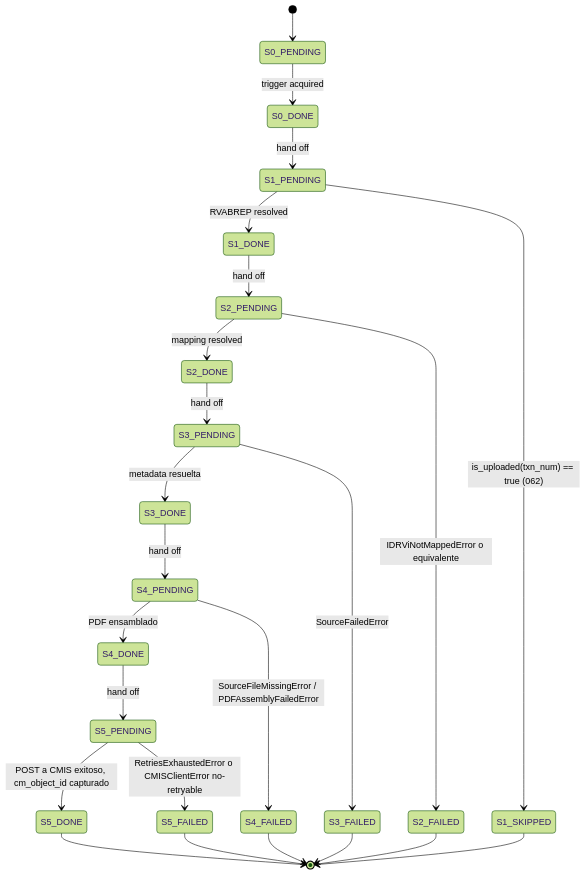
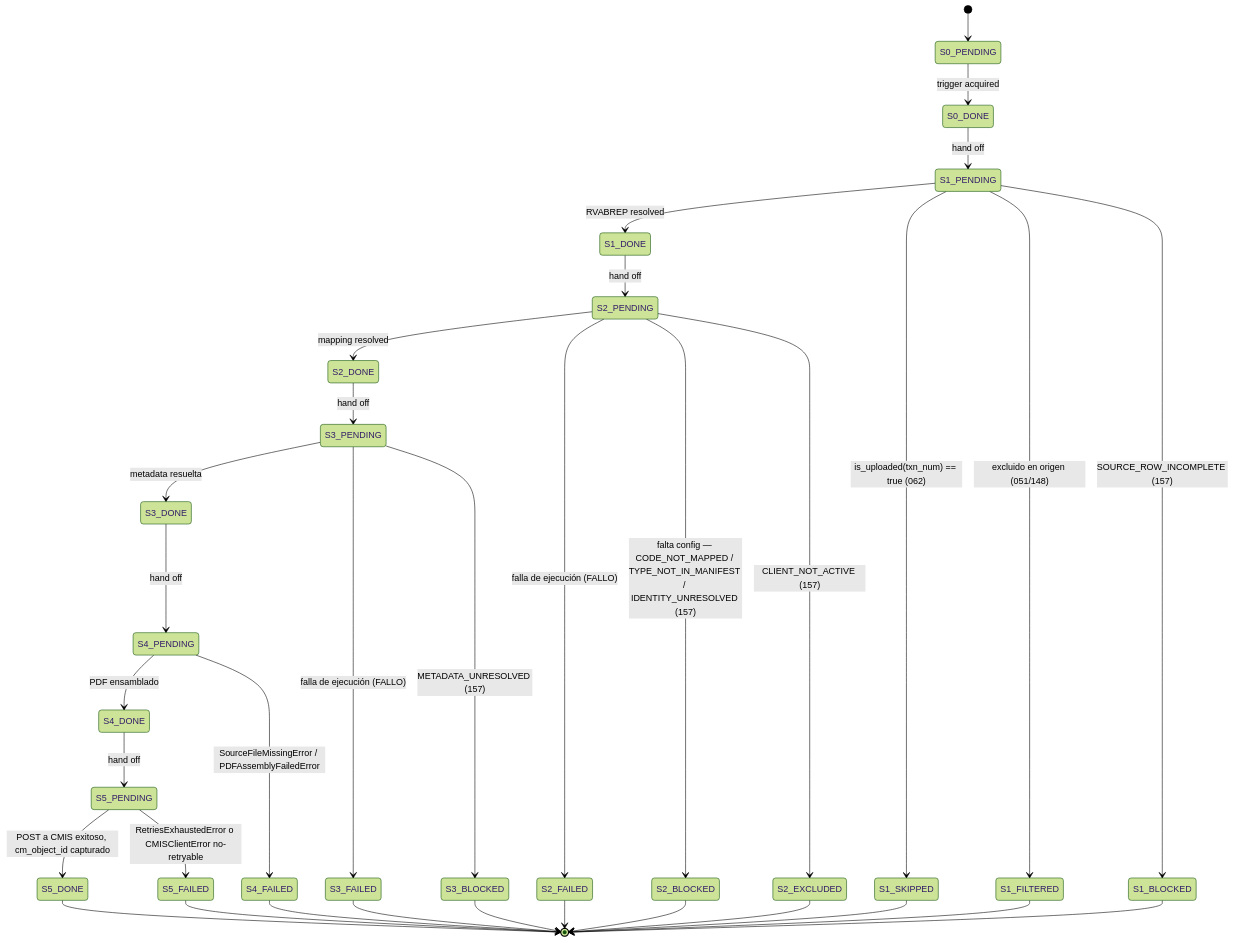
One commit to bitbreaker01/CMCourier changed the diagram in docs/diagrams/state-machine.md. Above: the diagram before and after it, drawn with Mermaid (forest theme). The commit also changed other lines of this file and 29 other files, not shown here.

````diff
--- a/docs/diagrams/state-machine.md
+++ b/docs/diagrams/state-machine.md
@@ -9,33 +9,43 @@
 ```mermaid
 stateDiagram-v2
     [*] --> S0_PENDING
 
     S0_PENDING --> S0_DONE: trigger acquired
 
     S0_DONE --> S1_PENDING: hand off
     S1_PENDING --> S1_DONE: RVABREP resolved
     S1_PENDING --> S1_SKIPPED: is_uploaded(txn_num) == true (062)
+    S1_PENDING --> S1_FILTERED: excluido en origen (051/148)
+    S1_PENDING --> S1_BLOCKED: SOURCE_ROW_INCOMPLETE (157)
 
     S1_DONE --> S2_PENDING: hand off
     S2_PENDING --> S2_DONE: mapping resolved
-    S2_PENDING --> S2_FAILED: IDRViNotMappedError o equivalente
+    S2_PENDING --> S2_FAILED: falla de ejecución (FALLO)
+    S2_PENDING --> S2_BLOCKED: falta config — CODE_NOT_MAPPED / TYPE_NOT_IN_MANIFEST / IDENTITY_UNRESOLVED (157)
+    S2_PENDING --> S2_EXCLUDED: CLIENT_NOT_ACTIVE (157)
 
     S2_DONE --> S3_PENDING: hand off
     S3_PENDING --> S3_DONE: metadata resuelta
-    S3_PENDING --> S3_FAILED: SourceFailedError
+    S3_PENDING --> S3_FAILED: falla de ejecución (FALLO)
+    S3_PENDING --> S3_BLOCKED: METADATA_UNRESOLVED (157)
 
     S3_DONE --> S4_PENDING: hand off
     S4_PENDING --> S4_DONE: PDF ensamblado
     S4_PENDING --> S4_FAILED: SourceFileMissingError / PDFAssemblyFailedError
 
     S4_DONE --> S5_PENDING: hand off
     S5_PENDING --> S5_DONE: POST a CMIS exitoso, cm_object_id capturado
     S5_PENDING --> S5_FAILED: RetriesExhaustedError o CMISClientError no-retryable
 
     S5_DONE --> [*]
     S1_SKIPPED --> [*]
+    S1_FILTERED --> [*]
+    S1_BLOCKED --> [*]
     S2_FAILED --> [*]
+    S2_BLOCKED --> [*]
+    S2_EXCLUDED --> [*]
     S3_FAILED --> [*]
+    S3_BLOCKED --> [*]
     S4_FAILED --> [*]
     S5_FAILED --> [*]
 ```
````
